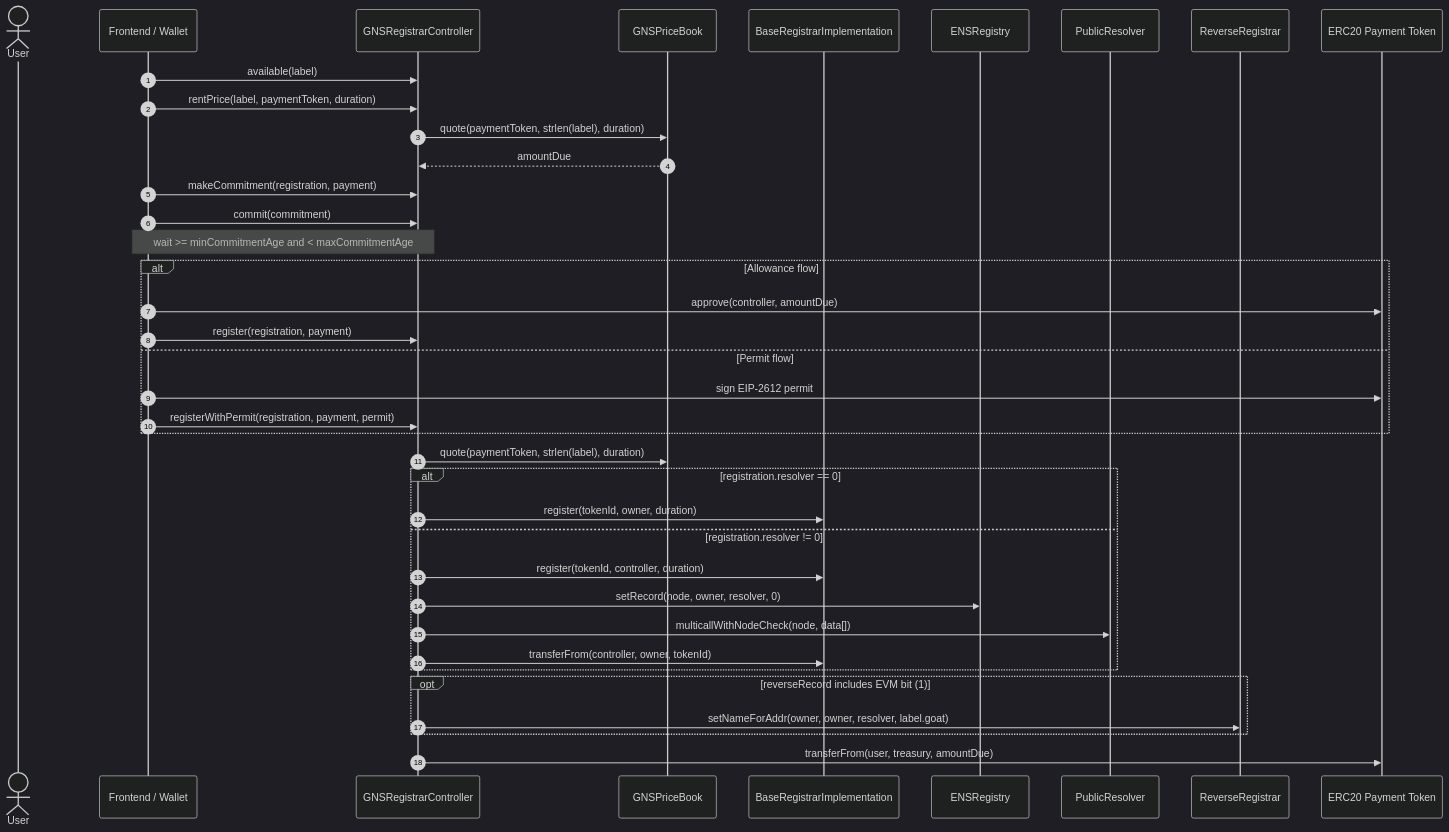
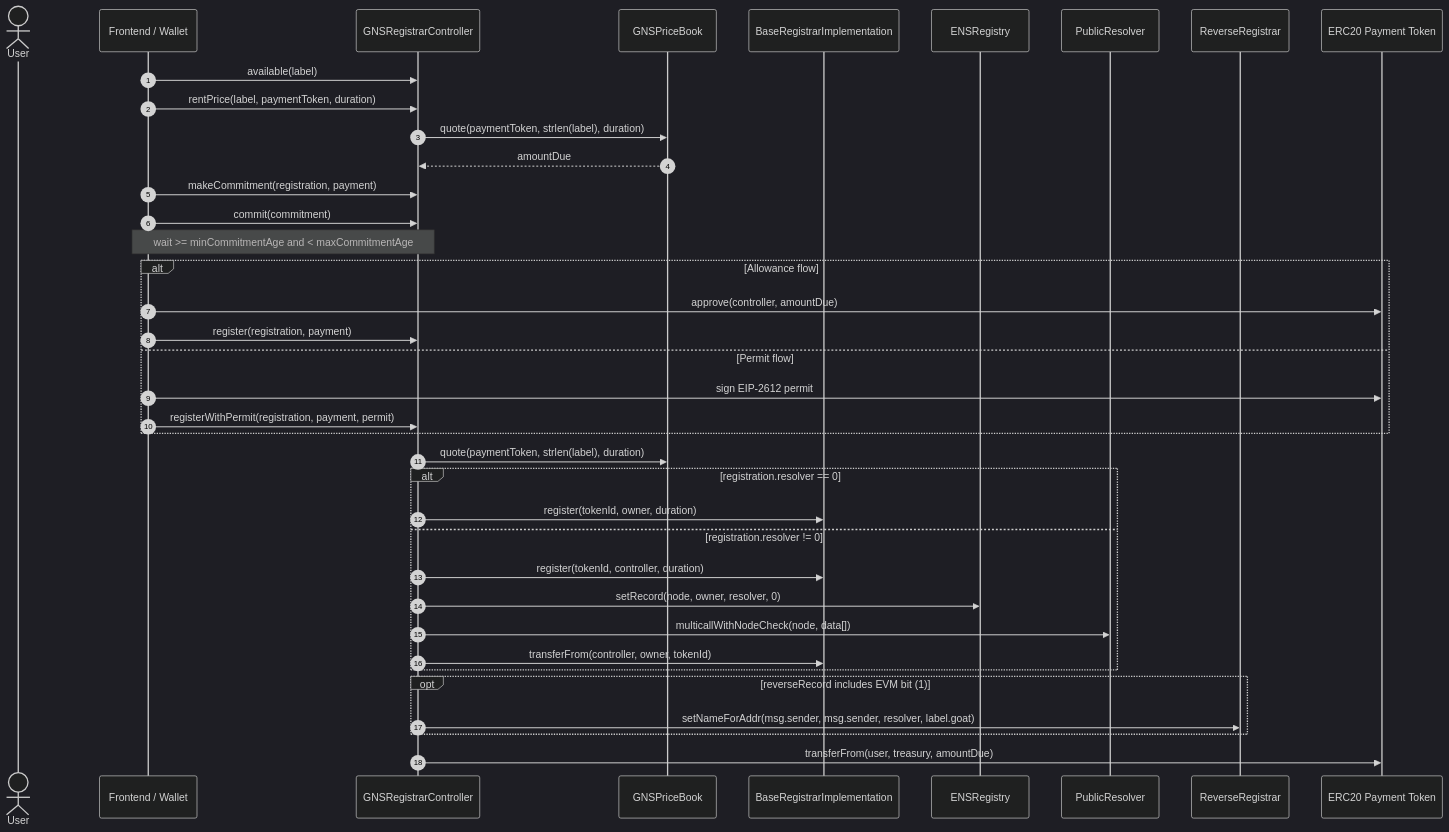
One commit to GOATNetwork/goat-name-service changed the first of 3 diagrams in README.md. Above: the diagram before and after it, drawn with Mermaid (dark theme). The commit also changed 2 other files, not shown here.

Commit message:
fix: update reverse record logic to use msg.sender instead of registration.owner

````diff
--- a/README.md
+++ b/README.md
@@ -71,46 +71,46 @@
 ```mermaid
 sequenceDiagram
     autonumber
     actor User
     participant FE as Frontend / Wallet
     participant Controller as GNSRegistrarController
     participant PriceBook as GNSPriceBook
     participant Registrar as BaseRegistrarImplementation
     participant ENS as ENSRegistry
     participant Resolver as PublicResolver
     participant Reverse as ReverseRegistrar
     participant Token as ERC20 Payment Token
 
     FE->>Controller: available(label)
     FE->>Controller: rentPrice(label, paymentToken, duration)
     Controller->>PriceBook: quote(paymentToken, strlen(label), duration)
     PriceBook-->>Controller: amountDue
 
     FE->>Controller: makeCommitment(registration, payment)
     FE->>Controller: commit(commitment)
     Note over FE,Controller: wait >= minCommitmentAge and < maxCommitmentAge
 
     alt Allowance flow
         FE->>Token: approve(controller, amountDue)
         FE->>Controller: register(registration, payment)
     else Permit flow
         FE->>Token: sign EIP-2612 permit
         FE->>Controller: registerWithPermit(registration, payment, permit)
     end
 
     Controller->>PriceBook: quote(paymentToken, strlen(label), duration)
     alt registration.resolver == 0
         Controller->>Registrar: register(tokenId, owner, duration)
     else registration.resolver != 0
         Controller->>Registrar: register(tokenId, controller, duration)
         Controller->>ENS: setRecord(node, owner, resolver, 0)
         Controller->>Resolver: multicallWithNodeCheck(node, data[])
         Controller->>Registrar: transferFrom(controller, owner, tokenId)
     end
 
     opt reverseRecord includes EVM bit (1)
-        Controller->>Reverse: setNameForAddr(owner, owner, resolver, label.goat)
+      Controller->>Reverse: setNameForAddr(msg.sender, msg.sender, resolver, label.goat)
     end
 
     Controller->>Token: transferFrom(user, treasury, amountDue)
 ```
````
